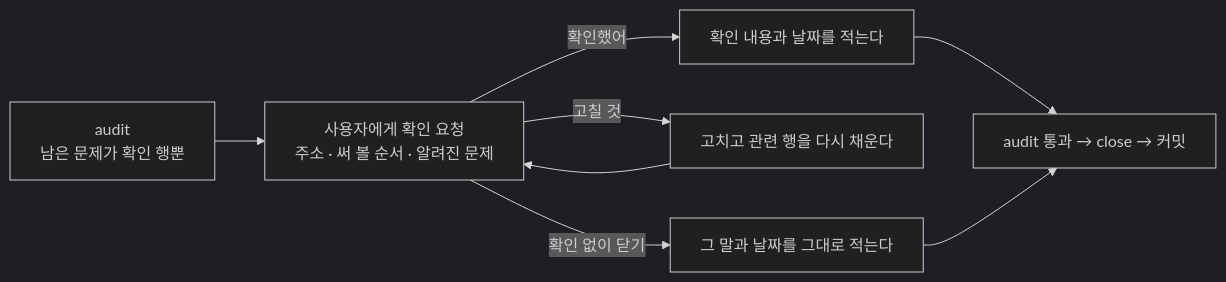
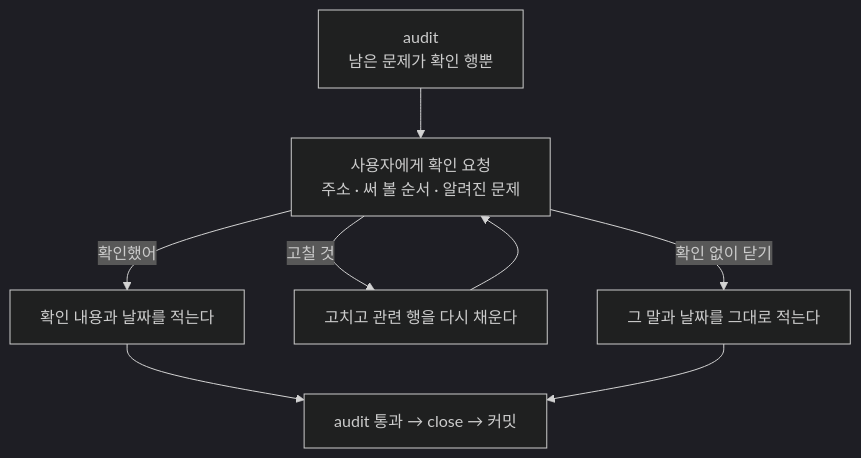
Before and after one commit to roadkwon-ai/pro-kit: the diagram in handbook/concepts/audit-and-confirm.md, drawn with Mermaid (dark theme). The commit also changed 21 other files, not shown here.

````diff
--- a/handbook/concepts/audit-and-confirm.md
+++ b/handbook/concepts/audit-and-confirm.md
@@ -114,10 +114,15 @@
 ```mermaid
-flowchart LR
+---
+config:
+  flowchart:
+    wrappingWidth: 220
+---
+flowchart TB
   A["audit<br/>남은 문제가 확인 행뿐"] --> Q["사용자에게 확인 요청<br/>주소 · 써 볼 순서 · 알려진 문제"]
   Q -->|"확인했어"| W["확인 내용과 날짜를 적는다"]
   Q -->|"고칠 것"| F["고치고 관련 행을 다시 채운다"]
   F --> Q
   Q -->|"확인 없이 닫기"| S["그 말과 날짜를 그대로 적는다"]
   W --> C["audit 통과 → close → 커밋"]
   S --> C
 ```
````
